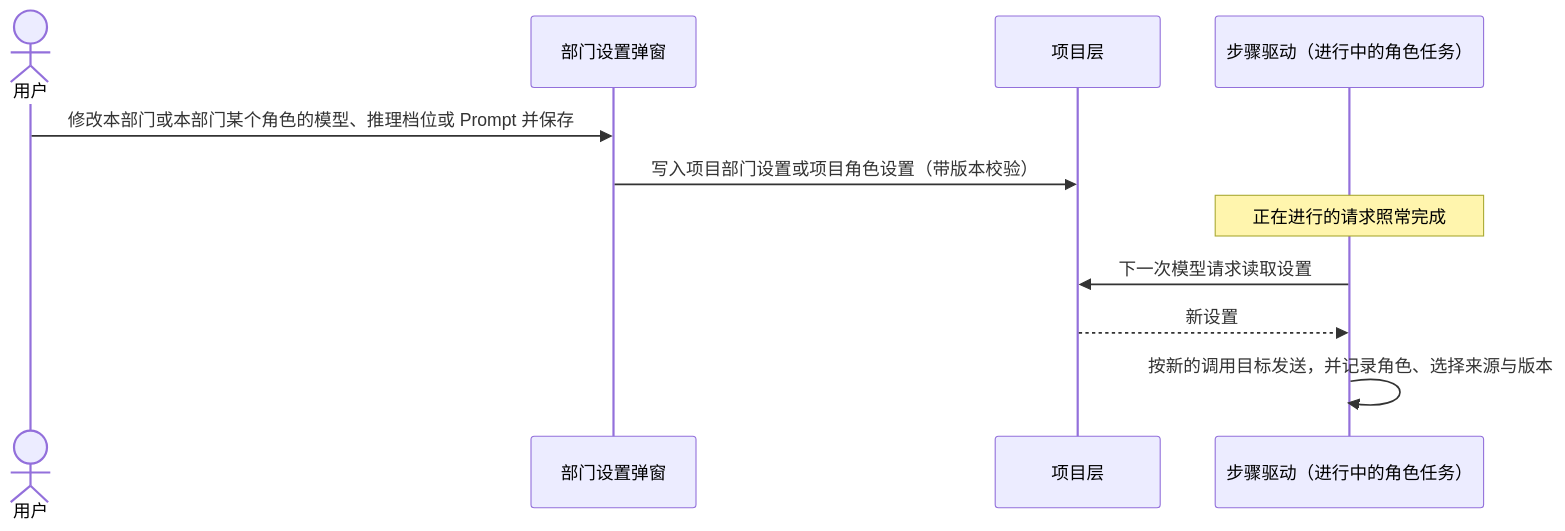
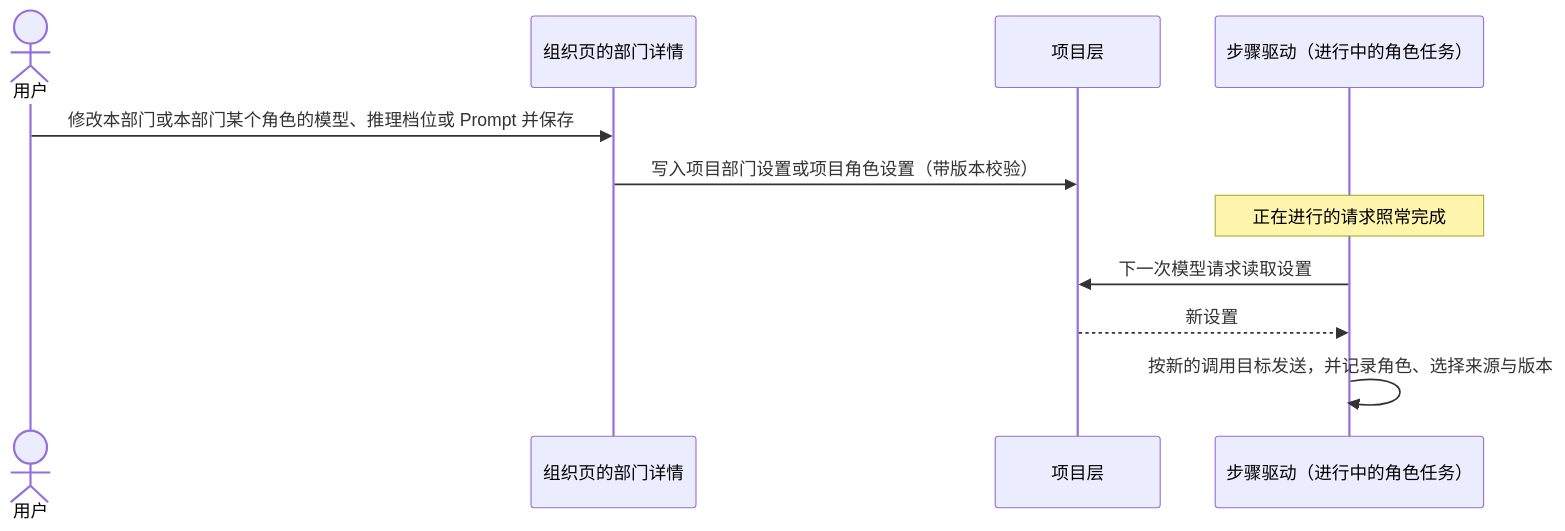
The third of 4 diagrams in docs/design/model-management.md (bender2333/yudao), drawn with Mermaid before and after one commit. The commit also changed other lines of this file and 17 other files, not shown here.

````diff
--- a/docs/design/model-management.md
+++ b/docs/design/model-management.md
@@ -295,13 +297,13 @@
 ```mermaid
 sequenceDiagram
   actor User as 用户
-  participant UI as 部门设置弹窗
+  participant UI as 组织页的部门详情
   participant Proj as 项目层
   participant Driver as 步骤驱动（进行中的角色任务）
   User->>UI: 修改本部门或本部门某个角色的模型、推理档位或 Prompt 并保存
   UI->>Proj: 写入项目部门设置或项目角色设置（带版本校验）
   Note over Driver: 正在进行的请求照常完成
   Driver->>Proj: 下一次模型请求读取设置
   Proj-->>Driver: 新设置
   Driver->>Driver: 按新的调用目标发送，并记录角色、选择来源与版本
 ```
````
